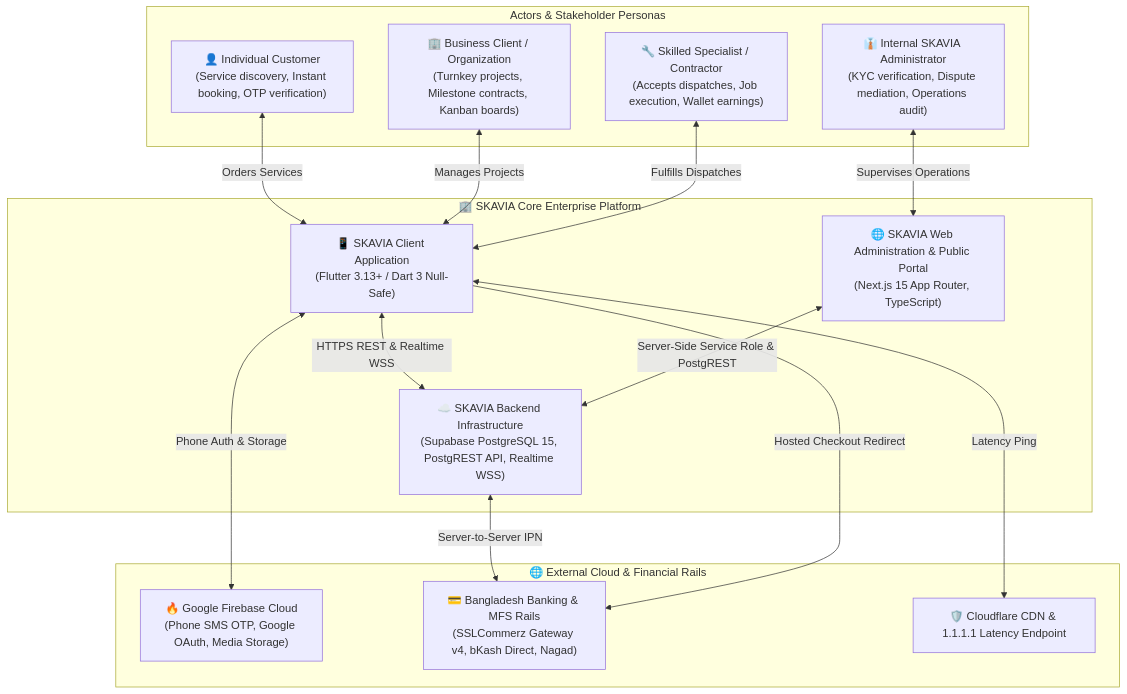
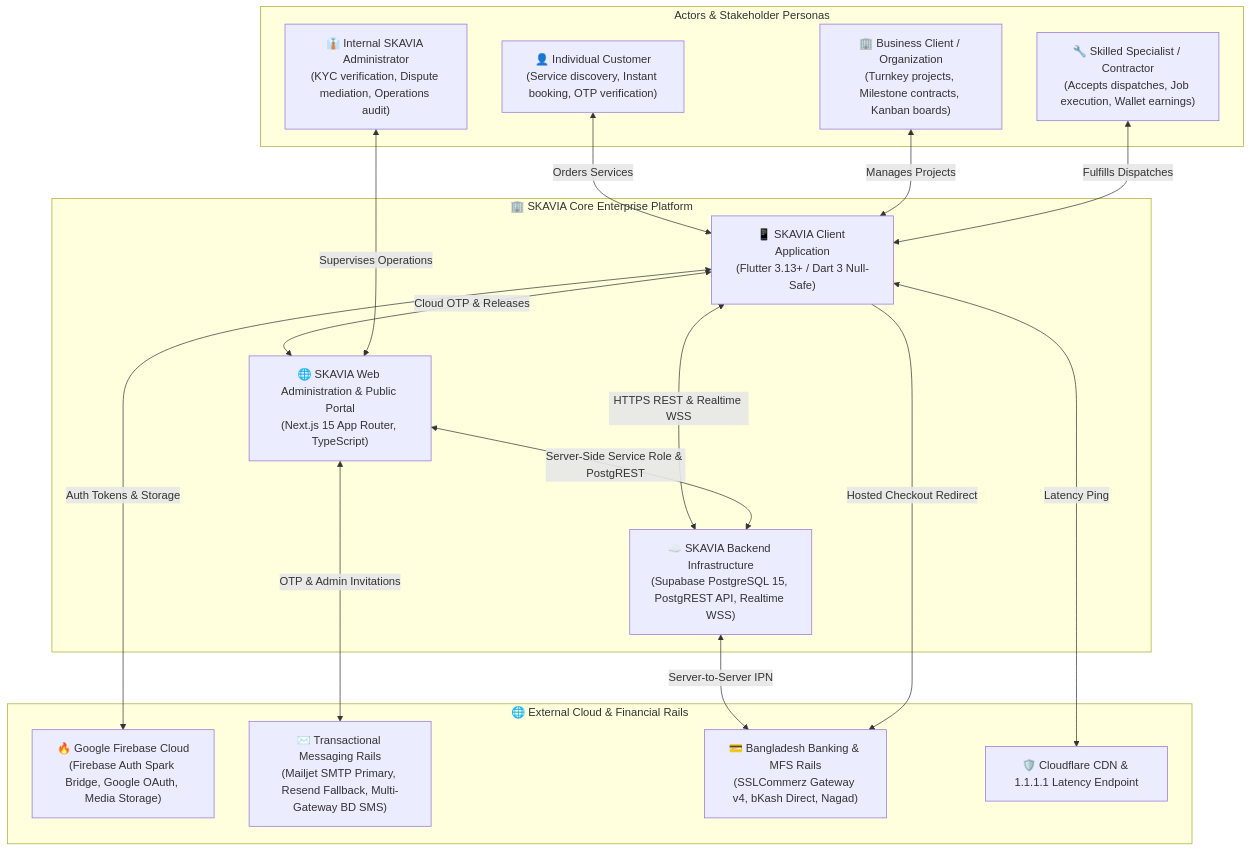
The diagram in README.md (Ti838/SKAVIA), drawn with Mermaid before and after one commit. The commit also changed other lines of this file and 8 other files, not shown here.

First line of the commit message:
chore(cleanup): remove scratch test scripts and update all system documentation & diagrams

````diff
--- a/README.md
+++ b/README.md
@@ -42,34 +42,37 @@
 ```mermaid
 graph TB
     subgraph Users ["Actors & Stakeholder Personas"]
         ClientUser["👤 Individual Customer<br/>(Service discovery, Instant booking, OTP verification)"]
         BizUser["🏢 Business Client / Organization<br/>(Turnkey projects, Milestone contracts, Kanban boards)"]
         WorkerUser["🔧 Skilled Specialist / Contractor<br/>(Accepts dispatches, Job execution, Wallet earnings)"]
         AdminUser["👔 Internal SKAVIA Administrator<br/>(KYC verification, Dispute mediation, Operations audit)"]
     end
 
     subgraph SKAVIA_System ["🏢 SKAVIA Core Enterprise Platform"]
         UserApp["📱 SKAVIA Client Application<br/>(Flutter 3.13+ / Dart 3 Null-Safe)"]
         AdminWeb["🌐 SKAVIA Web Administration & Public Portal<br/>(Next.js 15 App Router, TypeScript)"]
         CloudBackend["☁️ SKAVIA Backend Infrastructure<br/>(Supabase PostgreSQL 15, PostgREST API, Realtime WSS)"]
         
         UserApp <-->|HTTPS REST & Realtime WSS| CloudBackend
         AdminWeb <-->|Server-Side Service Role & PostgREST| CloudBackend
+        UserApp <-->|Cloud OTP & Releases| AdminWeb
     end
 
     subgraph External_Services ["🌐 External Cloud & Financial Rails"]
-        FirebaseEngine["🔥 Google Firebase Cloud<br/>(Phone SMS OTP, Google OAuth, Media Storage)"]
+        FirebaseEngine["🔥 Google Firebase Cloud<br/>(Firebase Auth Spark Bridge, Google OAuth, Media Storage)"]
+        EmailEngine["✉️ Transactional Messaging Rails<br/>(Mailjet SMTP Primary, Resend Fallback, Multi-Gateway BD SMS)"]
         PaymentRails["💳 Bangladesh Banking & MFS Rails<br/>(SSLCommerz Gateway v4, bKash Direct, Nagad)"]
         CloudflareEdge["🛡️ Cloudflare CDN & 1.1.1.1 Latency Endpoint"]
     end
 
     ClientUser <-->|Orders Services| UserApp
     BizUser <-->|Manages Projects| UserApp
     WorkerUser <-->|Fulfills Dispatches| UserApp
     AdminUser <-->|Supervises Operations| AdminWeb
 
-    UserApp <-->|Phone Auth & Storage| FirebaseEngine
+    UserApp <-->|Auth Tokens & Storage| FirebaseEngine
+    AdminWeb <-->|OTP & Admin Invitations| EmailEngine
     UserApp <-->|Latency Ping| CloudflareEdge
     CloudBackend <-->|Server-to-Server IPN| PaymentRails
     UserApp -->|Hosted Checkout Redirect| PaymentRails
 ```
````
